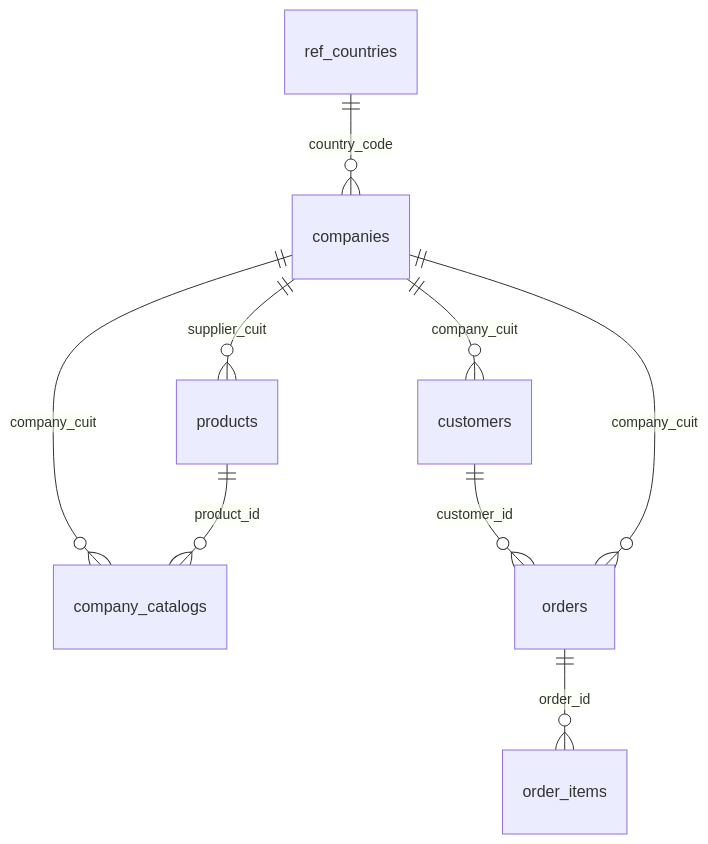
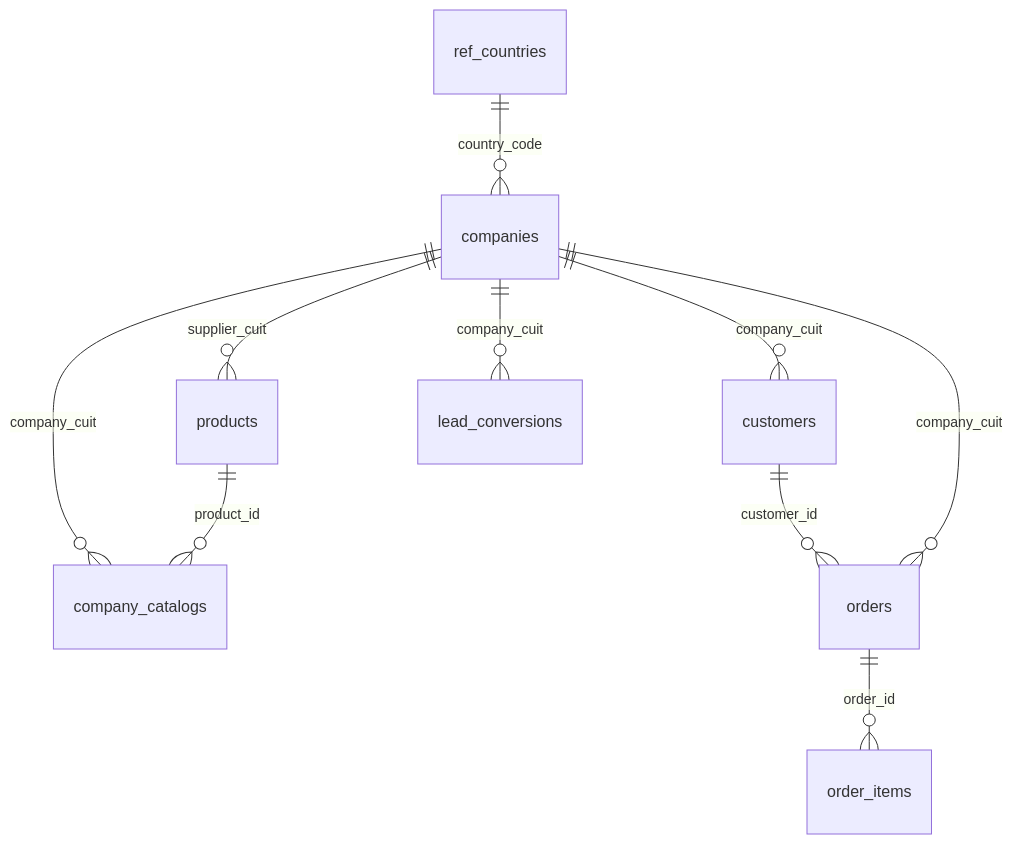
The second of 7 diagrams in packages/b2b_ec_sources/README.md (KayvanShah1/b2b-ecommerce-platform), drawn with Mermaid before and after one commit. The commit also changed other lines of this file and 4 other files, not shown here.

````diff
--- a/packages/b2b_ec_sources/README.md
+++ b/packages/b2b_ec_sources/README.md
@@ -115,11 +116,12 @@
 ```mermaid
 erDiagram
   ref_countries ||--o{ companies : country_code
   companies ||--o{ products : supplier_cuit
   companies ||--o{ company_catalogs : company_cuit
   products ||--o{ company_catalogs : product_id
   companies ||--o{ customers : company_cuit
   customers ||--o{ orders : customer_id
   companies ||--o{ orders : company_cuit
   orders ||--o{ order_items : order_id
+  companies ||--o{ lead_conversions : company_cuit
 ```
````
